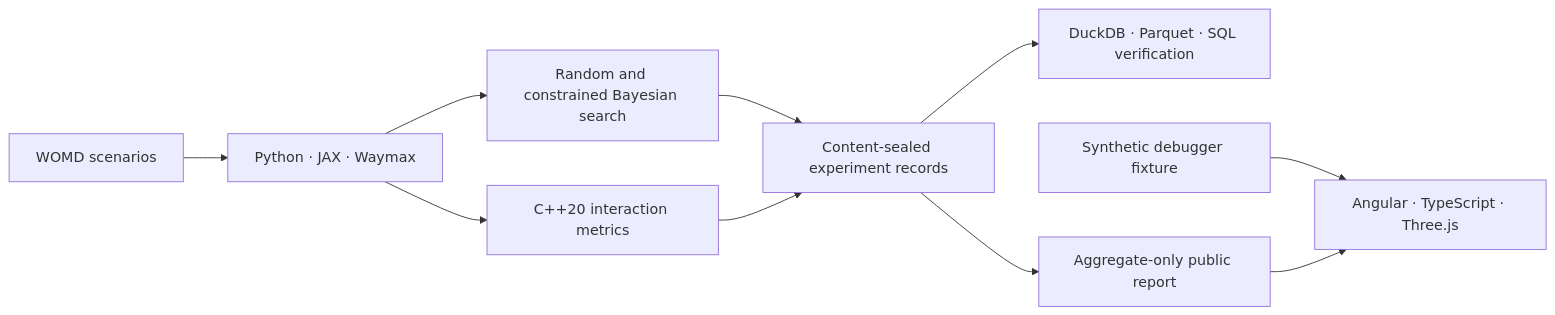
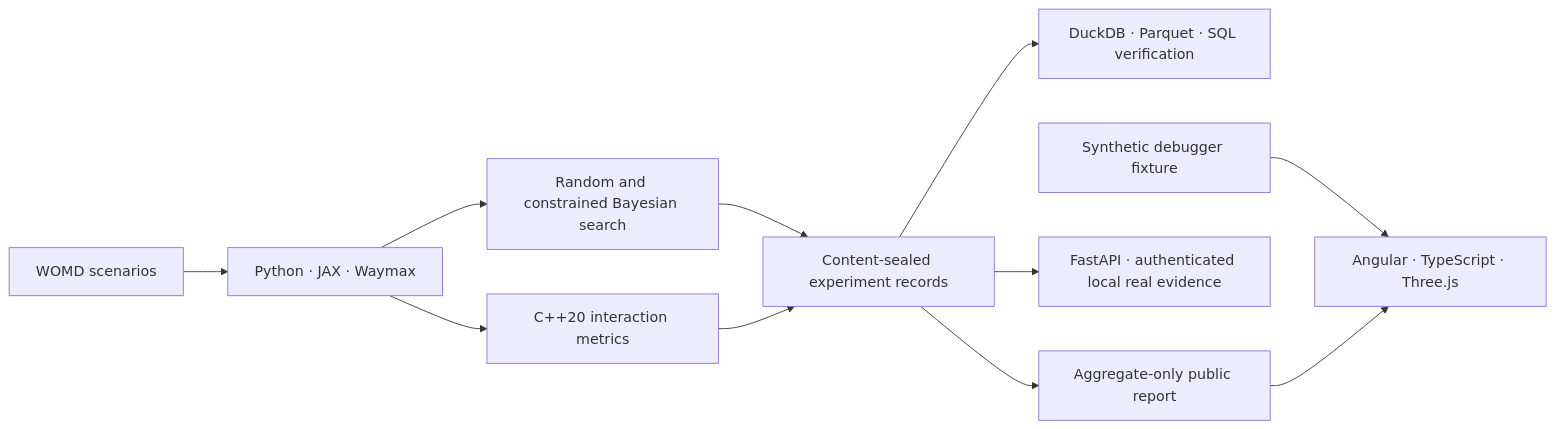
Before and after one commit to ethanvillalovoz/planmargin: the diagram in README.md, drawn with Mermaid. The commit also changed other lines of this file and 6 other files, not shown here.

Commit message:
Add authenticated local evidence API (#59)

````diff
--- a/README.md
+++ b/README.md
@@ -102,12 +105,13 @@
 ```mermaid
 flowchart LR
     A["WOMD scenarios"] --> B["Python · JAX · Waymax"]
     B --> C["Random and constrained Bayesian search"]
     B --> D["C++20 interaction metrics"]
     C --> E["Content-sealed experiment records"]
     D --> E
     E --> F["DuckDB · Parquet · SQL verification"]
     E --> G["Aggregate-only public report"]
+    E --> J["FastAPI · authenticated local real evidence"]
     H["Synthetic debugger fixture"] --> I["Angular · TypeScript · Three.js"]
     G --> I
 ```
````
